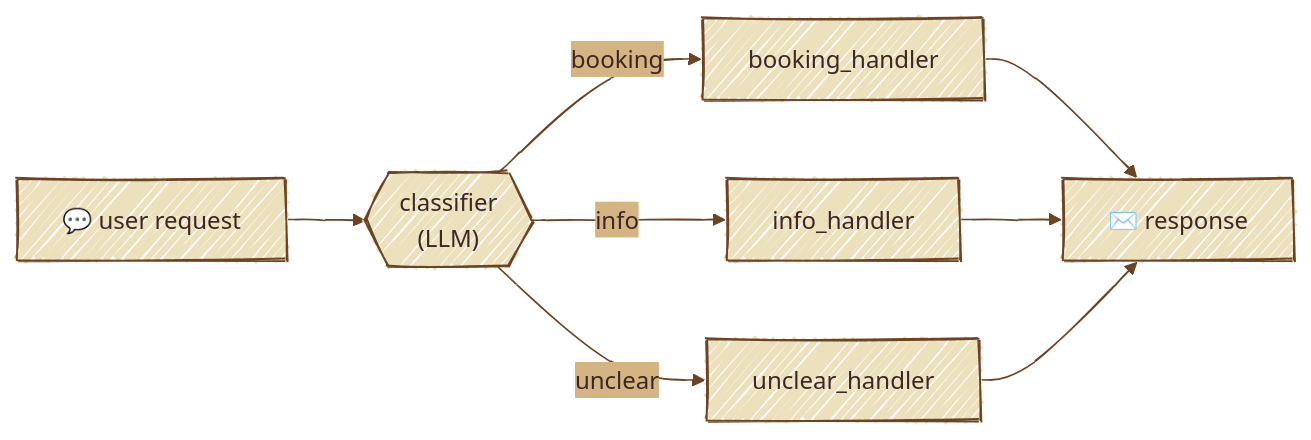
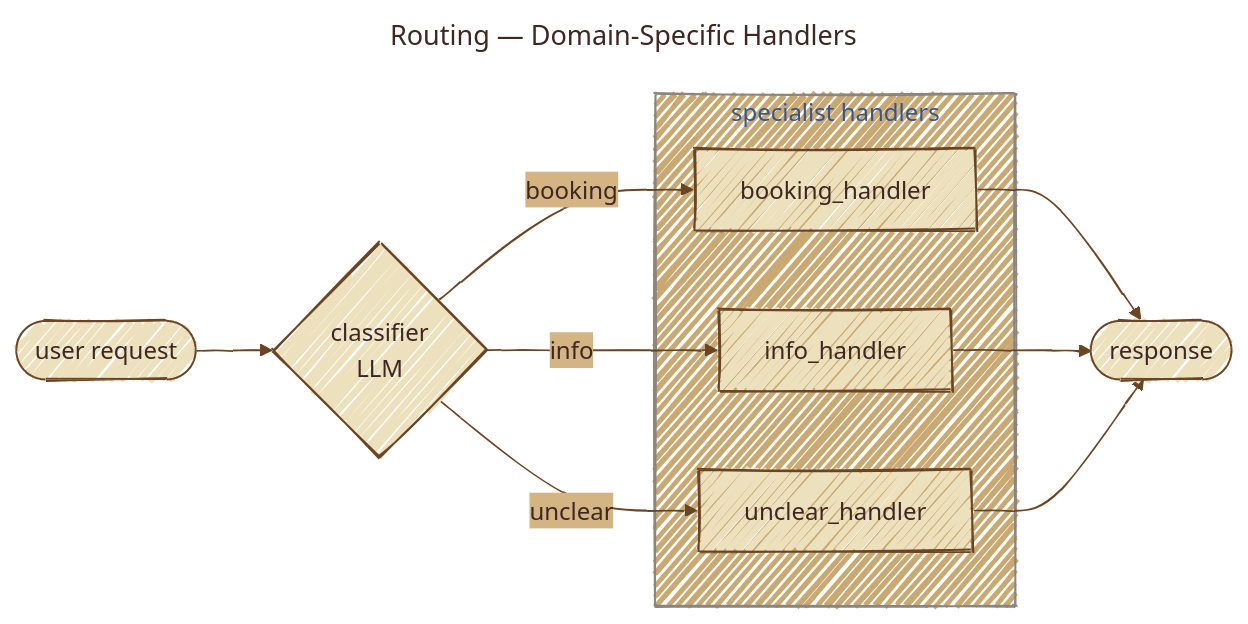
The second of 29 diagrams in README.md (gtesei/agentic_design_patterns), drawn with Mermaid before and after one commit. The commit also changed other lines of this file, not shown here.

Commit message:
docs(1_prompt_chain): add Mermaid diagram of the spec→JSON chain

````diff
--- a/README.md
+++ b/README.md
@@ -237,14 +252,23 @@
 ```mermaid
+---
+title: Routing — Domain-Specific Handlers
+---
 %%{init: {'look':'handDrawn','theme':'base','themeVariables':{'background':'#f5ecd9','primaryColor':'#ede0bd','primaryBorderColor':'#6b4423','primaryTextColor':'#3e2723','lineColor':'#6b4423','secondaryColor':'#d4b483','tertiaryColor':'#c9a872','fontFamily':'Caveat, Patrick Hand, cursive'}}}%%
 flowchart LR
-    Q["💬 user request"]
-    C{{"classifier<br/>(LLM)"}}
-    B[booking_handler]
-    I[info_handler]
-    U[unclear_handler]
-    R["✉️ response"]
-    Q --> C
-    C -- booking --> B --> R
-    C -- info --> I --> R
-    C -- unclear --> U --> R
+    Q([user request])
+    R([response])
+
+    Cls{classifier<br/>LLM}
+
+    subgraph handlers ["specialist handlers"]
+        B[booking_handler]
+        I[info_handler]
+        U[unclear_handler]
+    end
+
+    Q --> Cls
+    Cls -- "booking" --> B
+    Cls -- "info" --> I
+    Cls -- "unclear" --> U
+    B & I & U --> R
 ```
````
